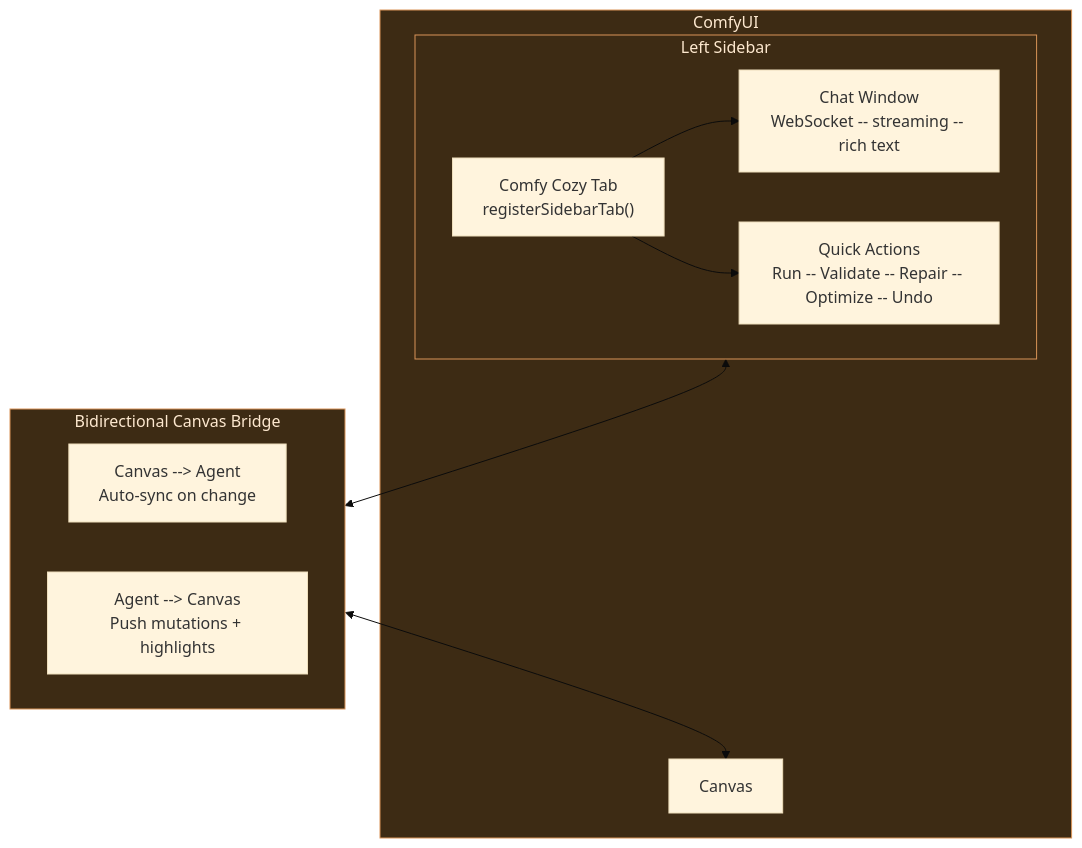
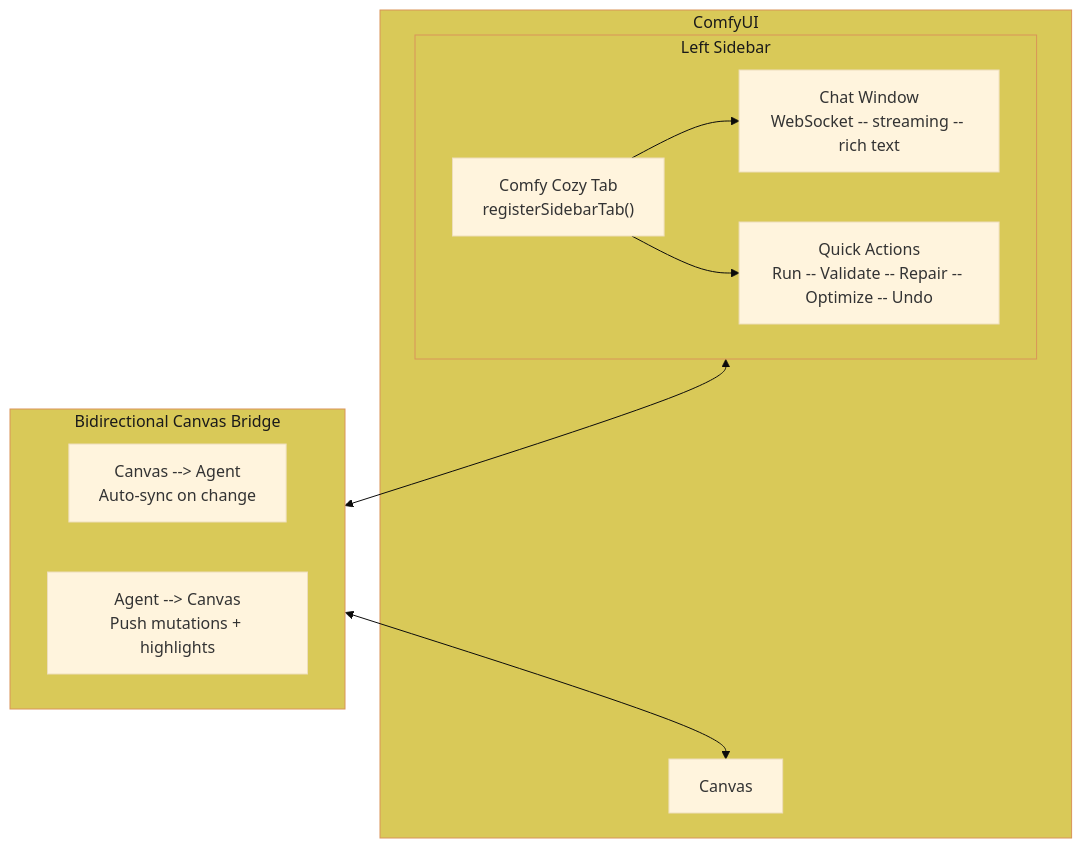
One commit to JosephOIbrahim/Comfy-Cozy changed diagram 12 of 25 in README.md. Above: the diagram before and after it, drawn with Mermaid (base theme). The commit also changed other lines of this file, not shown here.

First line of the commit message:
[DOCS] Mermaid palette: two-tone muted orange/yellow with black text

````diff
--- a/README.md
+++ b/README.md
@@ -663,25 +663,25 @@
 ```mermaid
 graph TB
     subgraph ComfyUI_App ["ComfyUI"]
         subgraph Sidebar ["Left Sidebar"]
             Tab["Comfy Cozy Tab<br/>registerSidebarTab()"]
             Chat["Chat Window<br/>WebSocket -- streaming -- rich text"]
             QA["Quick Actions<br/>Run -- Validate -- Repair -- Optimize -- Undo"]
         end
         Canvas["Canvas"]
     end
 
     subgraph Bridge ["Bidirectional Canvas Bridge"]
         C2A["Canvas --> Agent<br/>Auto-sync on change"]
         A2C["Agent --> Canvas<br/>Push mutations + highlights"]
     end
 
     Tab --> Chat
     Tab --> QA
     Sidebar <--> Bridge
     Bridge <--> Canvas
 
-    style ComfyUI_App fill:#3d2b14,color:#fde8cf,stroke:#d99458
-    style Sidebar fill:#3d2b14,color:#fde8cf,stroke:#d99458
-    style Bridge fill:#3d2b14,color:#fde8cf,stroke:#d99458
+    style ComfyUI_App fill:#d9c958,color:#1a1a1a,stroke:#d99458
+    style Sidebar fill:#d9c958,color:#1a1a1a,stroke:#d99458
+    style Bridge fill:#d9c958,color:#1a1a1a,stroke:#d99458
 ```
````
